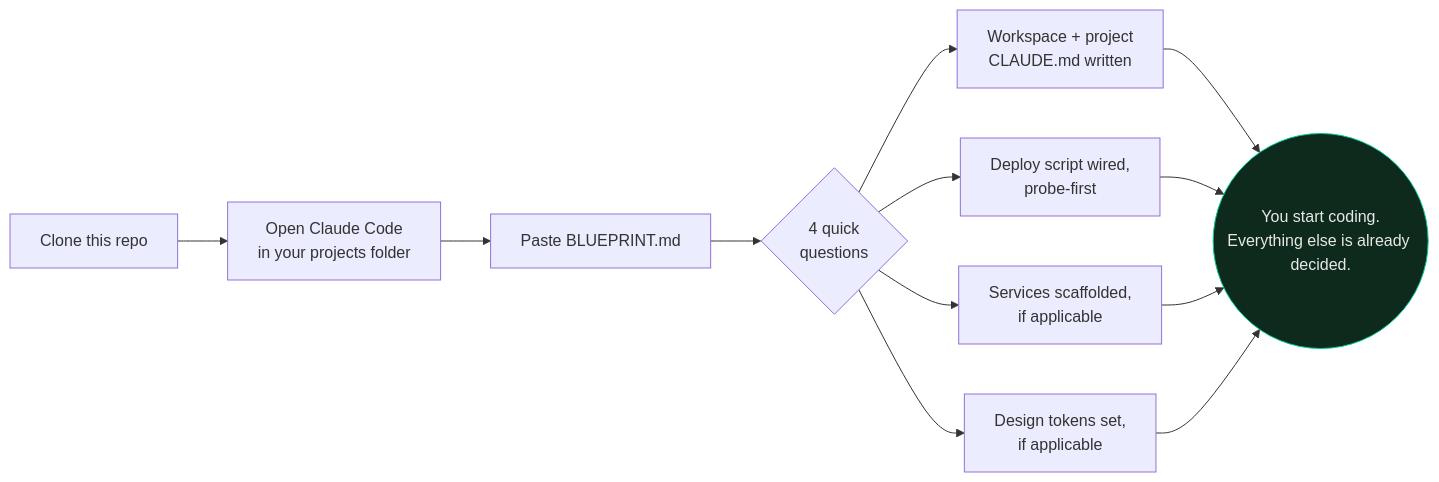
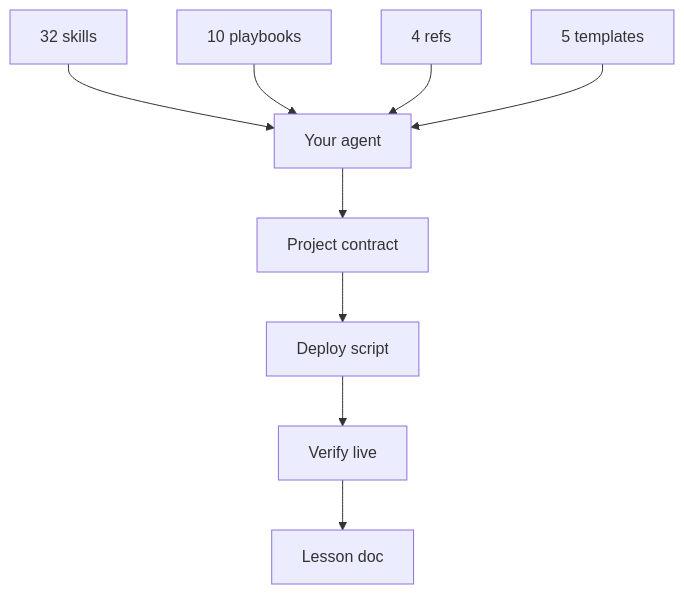
Before and after one commit to Nonarkara/dr-non-vibecoding-skills: the diagram in README.md, drawn with Mermaid. The commit also changed other lines of this file and 3 other files, not shown here.

````diff
--- a/README.md
+++ b/README.md
@@ -306,13 +160,11 @@
 ```mermaid
-flowchart LR
-    A["Clone this repo"] --> B["Open Claude Code\nin your projects folder"]
-    B --> C["Paste BLUEPRINT.md"]
-    C --> D{"4 quick\nquestions"}
-    D --> E["Workspace + project\nCLAUDE.md written"]
-    D --> F["Deploy script wired,\nprobe-first"]
-    D --> G["Services scaffolded,\nif applicable"]
-    D --> H["Design tokens set,\nif applicable"]
-    E & F & G & H --> Z(("You start coding.\nEverything else is already decided."))
-
-    style Z fill:#0d2a1c,stroke:#00c896,color:#e8e8e8
+flowchart TB
+  S["32 skills"] --> A["Your agent"]
+  P["10 playbooks"] --> A
+  R["4 refs"] --> A
+  T["5 templates"] --> A
+  A --> W["Project contract"]
+  W --> D["Deploy script"]
+  D --> V["Verify live"]
+  V --> L["Lesson doc"]
 ```
````
